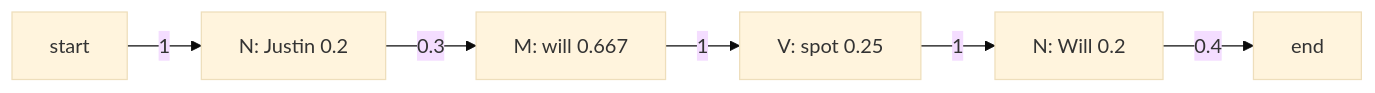
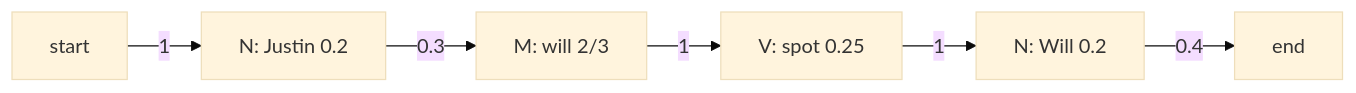
The diagram in content/natural-language-processing/pyq/2025-05-ce/q4a.hi.mdx (TrendySloth1001/sem-seven-notes), drawn with Mermaid (base theme) before and after one commit. The commit also changed other lines of this file and 406 other files, not shown here.

````diff
--- a/content/natural-language-processing/pyq/2025-05-ce/q4a.hi.mdx
+++ b/content/natural-language-processing/pyq/2025-05-ce/q4a.hi.mdx
@@ -67,9 +69,9 @@
 ```mermaid
-%% caption: Trellis ka jeetne wala path. Har arrow ek transition probability hai, har word apne tag se emit hota hai.
+%% caption: Trellis mein winning path. Arrows pe transition probabilities hain; har tag apna word emit karta hai.
 flowchart LR
   S["start"] -->|"1"| N1["N: Justin 0.2"]
-  N1 -->|"0.3"| M["M: will 0.667"]
+  N1 -->|"0.3"| M["M: will 2/3"]
   M -->|"1"| V["V: spot 0.25"]
   V -->|"1"| N2["N: Will 0.2"]
   N2 -->|"0.4"| E["end"]
 ```
````
